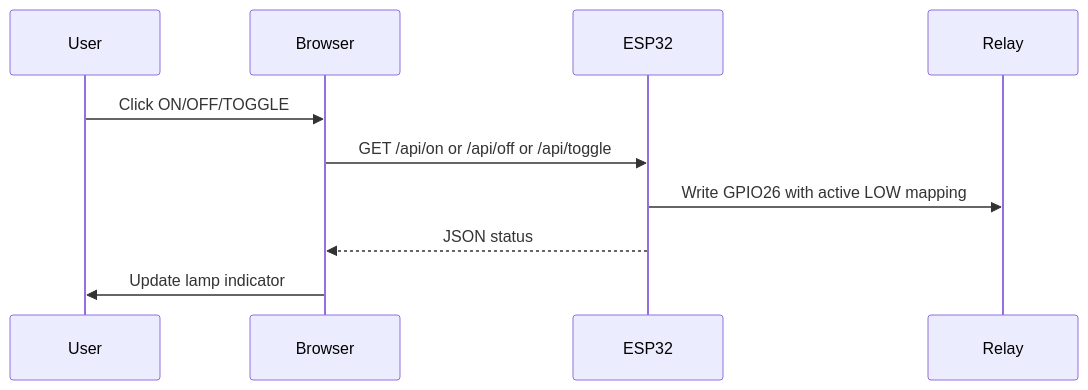
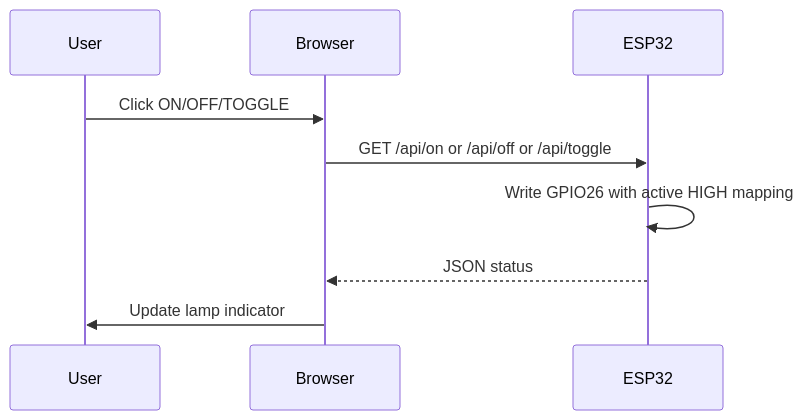
The fourth of 5 diagrams in docs/flow-overview.md (fatidaprilian/ClapControl-IoT), drawn with Mermaid before and after one commit. The commit also changed other lines of this file and 17 other files, not shown here.

````diff
--- a/docs/flow-overview.md
+++ b/docs/flow-overview.md
@@ -52,12 +52,11 @@
 ```mermaid
 sequenceDiagram
   participant User
   participant Browser
   participant ESP32
-  participant Relay
   User->>Browser: Click ON/OFF/TOGGLE
   Browser->>ESP32: GET /api/on or /api/off or /api/toggle
-  ESP32->>Relay: Write GPIO26 with active LOW mapping
+  ESP32->>ESP32: Write GPIO26 with active HIGH mapping
   ESP32-->>Browser: JSON status
   Browser->>User: Update lamp indicator
 ```
````
